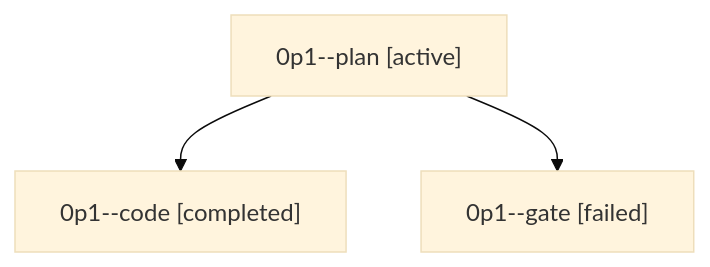
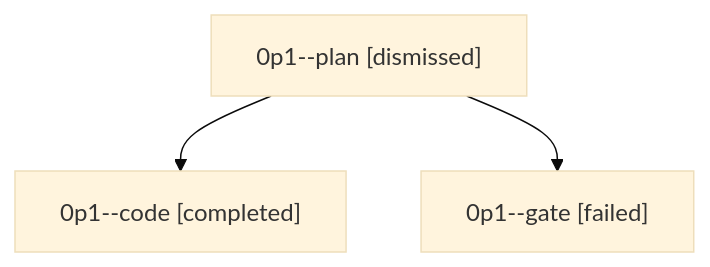
The diagram in sessions/bbugyi200.athena.0p1.md (sase-org/sase--agents), drawn with Mermaid (base theme) before and after one commit. The commit also changed other lines of this file and 30 other files, not shown here.

````diff
--- a/sessions/bbugyi200.athena.0p1.md
+++ b/sessions/bbugyi200.athena.0p1.md
@@ -9,8 +9,8 @@
 ```mermaid
 flowchart TD
-  n0["0p1--plan [active]"]
+  n0["0p1--plan [dismissed]"]
   n1["0p1--code [completed]"]
   n0 --> n1
   n2["0p1--gate [failed]"]
   n0 --> n2
 ```
````
